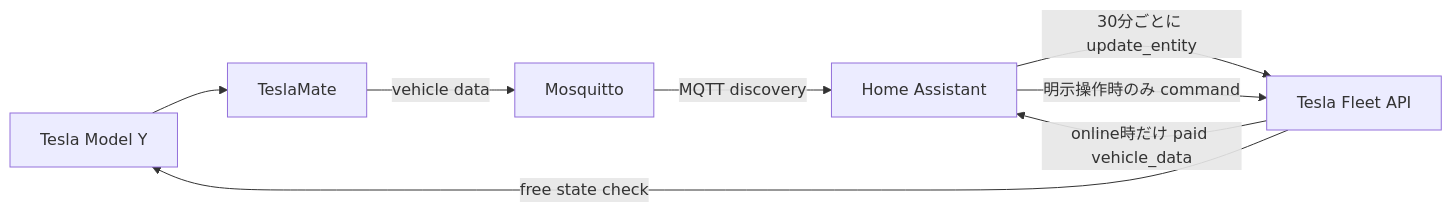
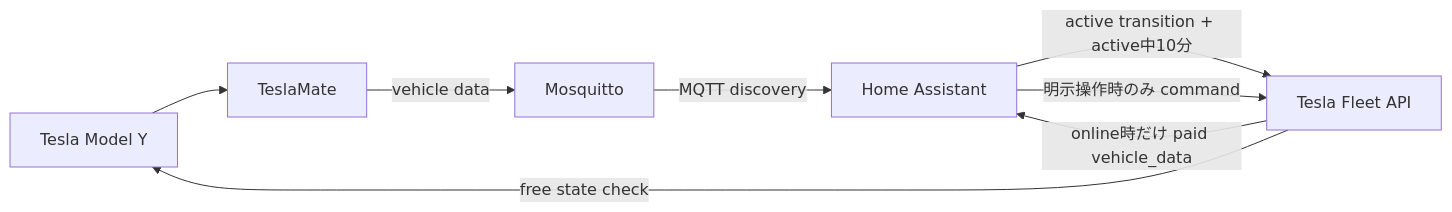
Before and after one commit to rewse/ansible-playbooks: the diagram in .kiro/specs/teslamate-home-assistant-discovery/design.md, drawn with Mermaid. The commit also changed other lines of this file and 4 other files, not shown here.

````diff
--- a/.kiro/specs/teslamate-home-assistant-discovery/design.md
+++ b/.kiro/specs/teslamate-home-assistant-discovery/design.md
@@ -27,10 +27,10 @@
 ```mermaid
 flowchart LR
     Car[Tesla Model Y] --> TM[TeslaMate]
     TM -->|vehicle data| MQTT[Mosquitto]
     MQTT -->|MQTT discovery| HA[Home Assistant]
-    HA -->|30分ごとに update_entity| TF[Tesla Fleet API]
+    HA -->|active transition + active中10分| TF[Tesla Fleet API]
     TF -->|free state check| Car
     TF -->|online時だけ paid vehicle_data| HA
     HA -->|明示操作時のみ command| TF
 ```
````
